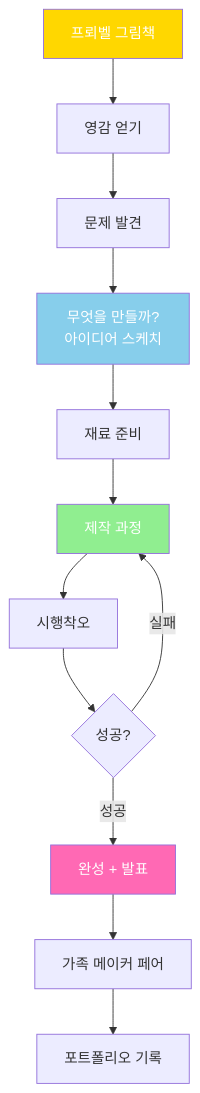
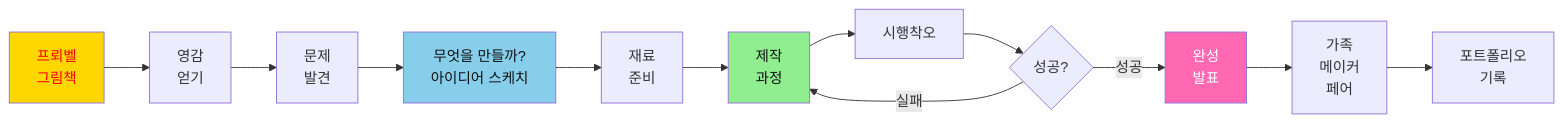
Diagram 16 of 35 in 3단계_프뢰벨_FAQ_핵심가치.md (Collegenie-X/froebel), drawn with Mermaid before and after one commit. The commit also changed other lines of this file and 5 other files, not shown here.

````diff
--- a/3단계_프뢰벨_FAQ_핵심가치.md
+++ b/3단계_프뢰벨_FAQ_핵심가치.md
@@ -829,19 +832,19 @@
 ```mermaid
-graph TD
-    A[프뢰벨 그림책] --> B[영감 얻기]
-    B --> C[문제 발견]
+graph LR
+    A[프뢰벨 <br>그림책] --> B[영감 <br>얻기]
+    B --> C[문제 <br> 발견]
     C --> D["무엇을 만들까?"<br/>아이디어 스케치]
-    D --> E[재료 준비]
-    E --> F[제작 과정]
+    D --> E[재료 <br>준비]
+    E --> F[제작 <br>과정]
     F --> G[시행착오]
     G --> H{성공?}
     H -->|실패| F
-    H -->|성공| I[완성 + 발표]
-    I --> J[가족 메이커 페어]
-    J --> K[포트폴리오 기록]
+    H -->|성공| I[완성 <br> 발표]
+    I --> J[가족 <br>메이커<br> 페어]
+    J --> K[포트폴리오 <br>기록]
     
-    style A fill:#FFD700,color:#fff
-    style D fill:#87CEEB,color:#fff
-    style F fill:#90EE90,color:#fff
+    style A fill:#FFD700,color:#f00
+    style D fill:#87CEEB,color:#111
+    style F fill:#90EE90,color:#111
     style I fill:#FF69B4,color:#fff
 ```
````
